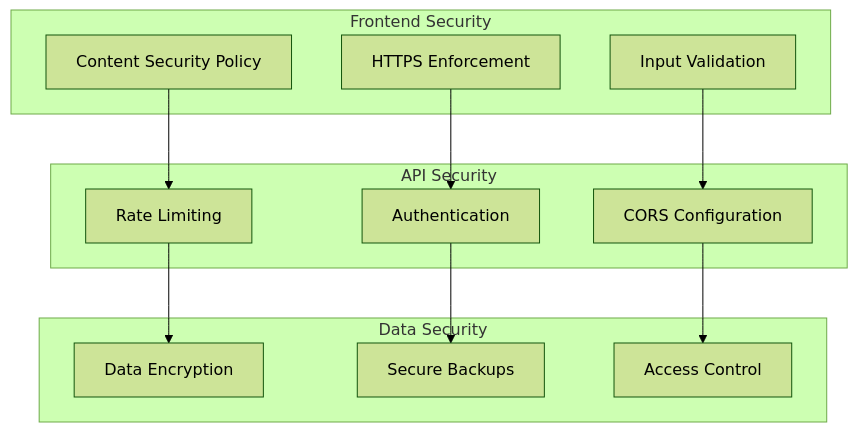
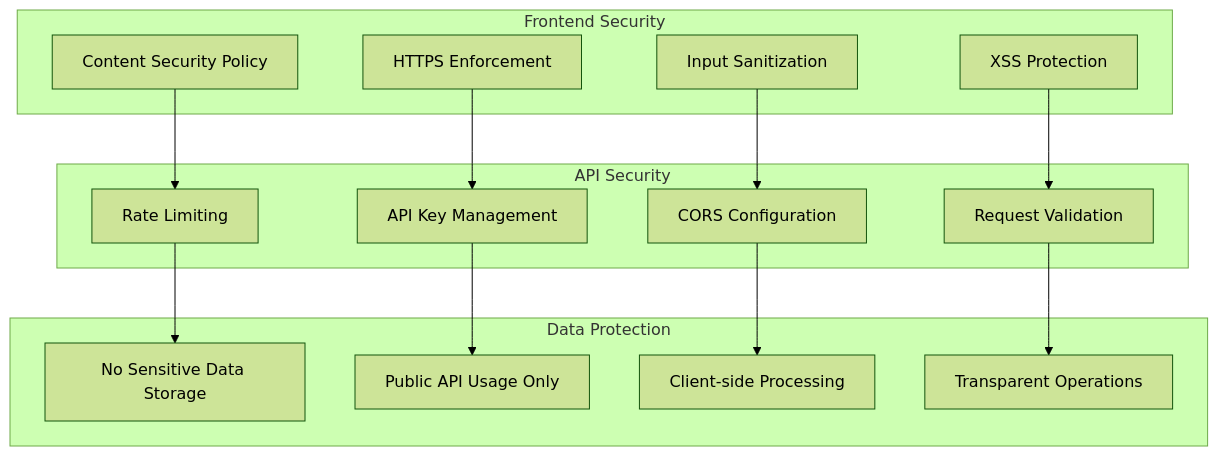
One commit to oxnr/picotop changed diagram 14 of 14 in ARCHITECTURE.md. Above: the diagram before and after it, drawn with Mermaid (forest theme). The commit also changed other lines of this file and 12 other files, not shown here.

````diff
--- a/ARCHITECTURE.md
+++ b/ARCHITECTURE.md
@@ -527,28 +548,33 @@
 ```mermaid
 graph TB
     subgraph "Frontend Security"
         CSP[Content Security Policy]
         HTTPS[HTTPS Enforcement]
-        InputValidation[Input Validation]
+        InputSanitization[Input Sanitization]
+        XSSProtection[XSS Protection]
     end
     
     subgraph "API Security"
-        RateLimit[Rate Limiting]
-        Auth[Authentication]
-        CORS[CORS Configuration]
+        RateLimiting[Rate Limiting]
+        APIKeyManagement[API Key Management]
+        CORSConfiguration[CORS Configuration]
+        RequestValidation[Request Validation]
     end
     
-    subgraph "Data Security"
-        Encryption[Data Encryption]
-        Backup[Secure Backups]
-        Access[Access Control]
+    subgraph "Data Protection"
+        NoSensitiveData[No Sensitive Data Storage]
+        PublicAPIUsage[Public API Usage Only]
+        ClientSideOnly[Client-side Processing]
+        TransparentOperations[Transparent Operations]
     end
     
-    CSP --> RateLimit
-    HTTPS --> Auth
-    InputValidation --> CORS
+    CSP --> RateLimiting
+    HTTPS --> APIKeyManagement
+    InputSanitization --> CORSConfiguration
+    XSSProtection --> RequestValidation
     
-    RateLimit --> Encryption
-    Auth --> Backup
-    CORS --> Access
+    RateLimiting --> NoSensitiveData
+    APIKeyManagement --> PublicAPIUsage
+    CORSConfiguration --> ClientSideOnly
+    RequestValidation --> TransparentOperations
 ```
````
